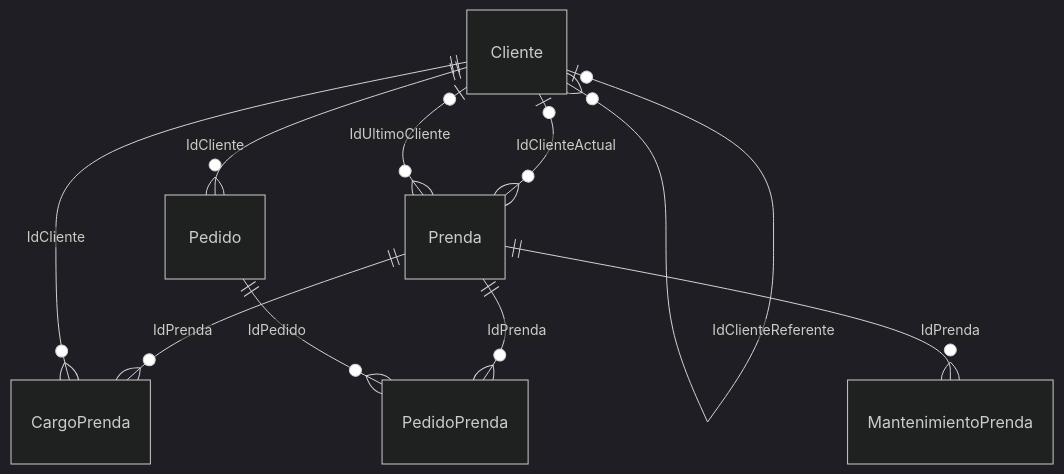
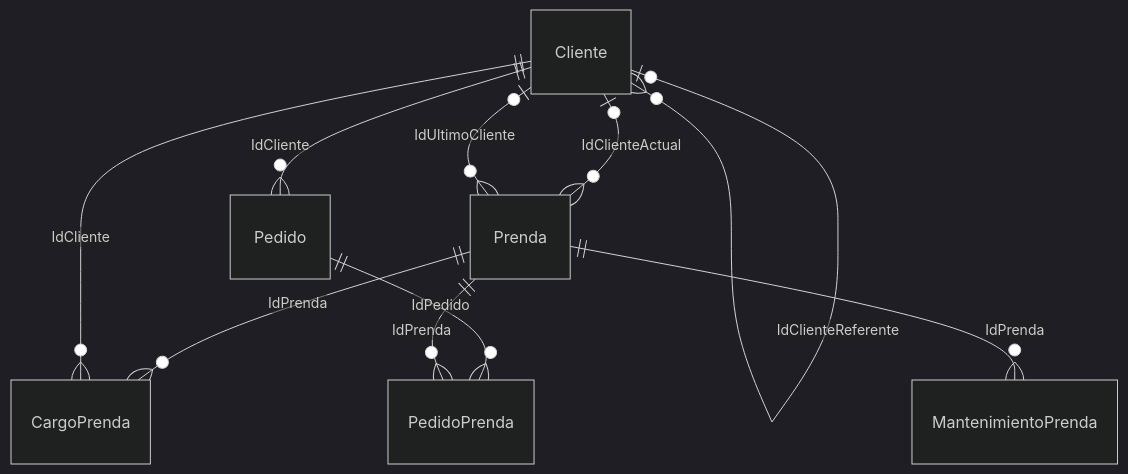
Before and after one commit to valentinamorana/Trabajo-de-Diploma: the diagram in docs/diagramas/mermaid/MC_pn04_devolucion.mmd, drawn with Mermaid (dark theme). The commit also changed other lines of this file and 88 other files, not shown here.

First line of the commit message:
PN01: el armado del pedido sigue el diagrama de actividad de EA

```diff
--- a/docs/diagramas/mermaid/MC_pn04_devolucion.mmd
+++ b/docs/diagramas/mermaid/MC_pn04_devolucion.mmd
@@ -1,16 +1,16 @@
 erDiagram
   Prenda ||--o{ CargoPrenda : "IdPrenda"
   Cliente ||--o{ CargoPrenda : "IdCliente"
   Cliente |o--o{ Cliente : "IdClienteReferente"
   Prenda ||--o{ MantenimientoPrenda : "IdPrenda"
   Cliente ||--o{ Pedido : "IdCliente"
+  Pedido ||--o{ PedidoPrenda : "IdPedido"
   Prenda ||--o{ PedidoPrenda : "IdPrenda"
-  Pedido ||--o{ PedidoPrenda : "IdPedido"
   Cliente |o--o{ Prenda : "IdClienteActual"
   Cliente |o--o{ Prenda : "IdUltimoCliente"
   Cliente
   Pedido
   PedidoPrenda
   Prenda
   MantenimientoPrenda
   CargoPrenda
```
